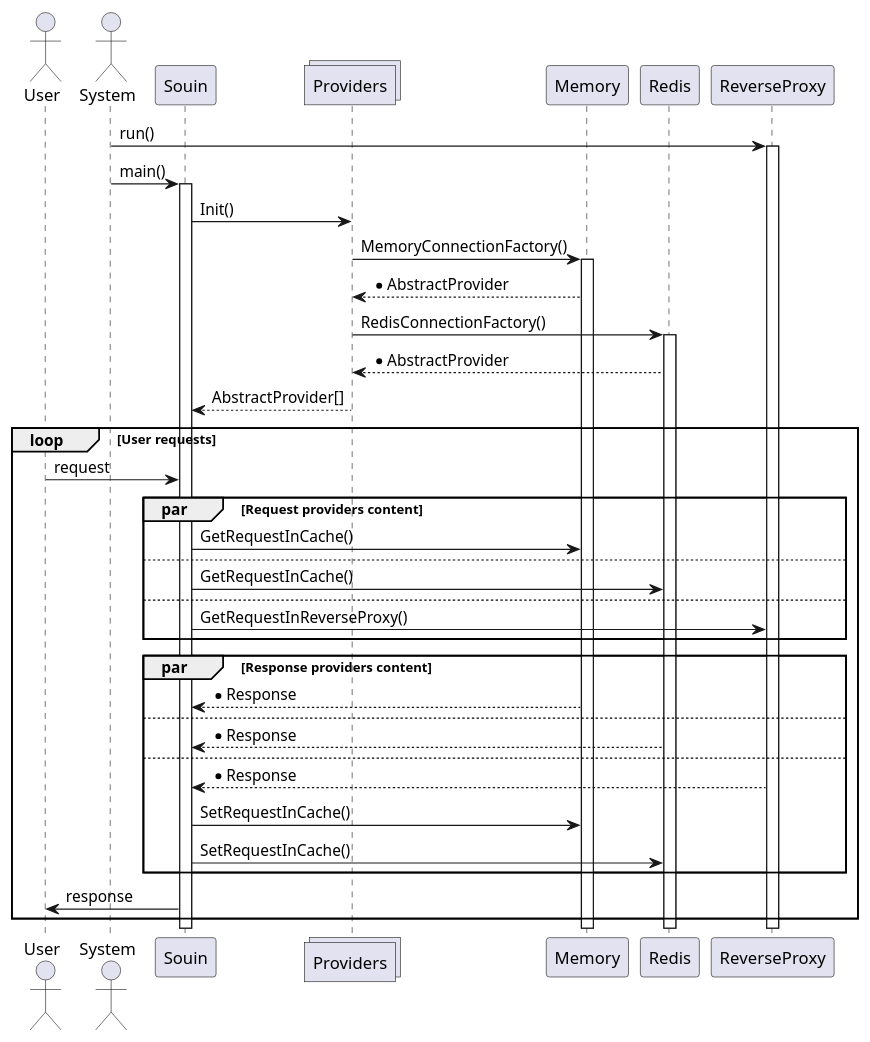
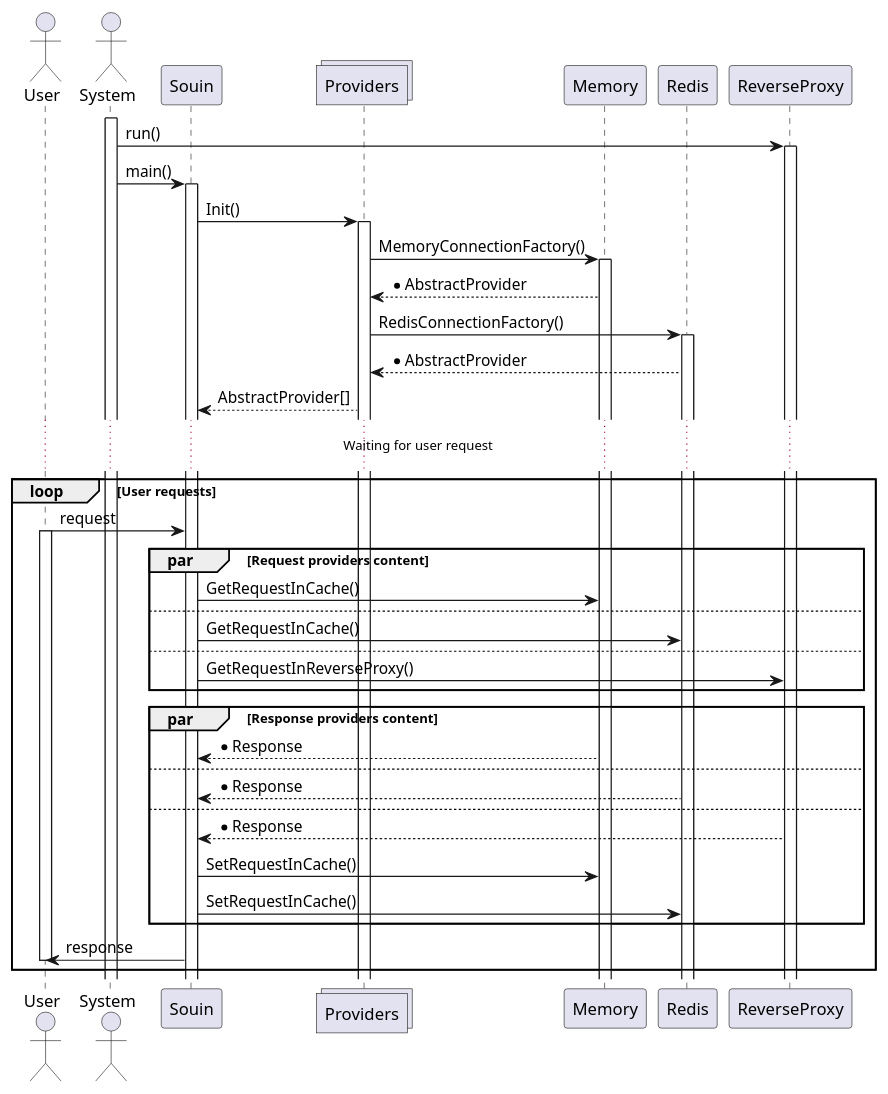
The diagram in docs/plantUML/sequenceDiagram.puml (darkweak/souin), drawn with PlantUML before and after one commit. The commit also changed 2 other files, not shown here.

Commit message:
Update README and plantUML schema

```diff
--- a/docs/plantUML/sequenceDiagram.puml
+++ b/docs/plantUML/sequenceDiagram.puml
@@ -1,37 +1,42 @@
 @startuml
 actor User
 actor System
+activate System
 participant Souin
 collections Providers
 participant Memory
 participant Redis
 participant ReverseProxy
 System -> ReverseProxy ++ : run()
 System -> Souin ++ : main()
 Souin -> Providers : Init()
+activate Providers
 Providers -> Memory ++ : MemoryConnectionFactory()
 Providers <-- Memory : *AbstractProvider
 Providers -> Redis ++ : RedisConnectionFactory()
 Providers <-- Redis : *AbstractProvider
 Souin <-- Providers : AbstractProvider[]
+... Waiting for user request ...
 loop User requests
   User -> Souin : request
+  activate User
   par Request providers content
     Souin -> Memory: GetRequestInCache()
   else
     Souin -> Redis: GetRequestInCache()
   else
     Souin -> ReverseProxy: GetRequestInReverseProxy()
   end
   par Response providers content
     Souin <-- Memory: *Response
   else
     Souin <-- Redis: *Response
   else
     Souin <-- ReverseProxy: *Response
     Souin -> Memory: SetRequestInCache()
     Souin -> Redis: SetRequestInCache()
   end
 Souin -> User : response
+deactivate User
 end
 @enduml
```
